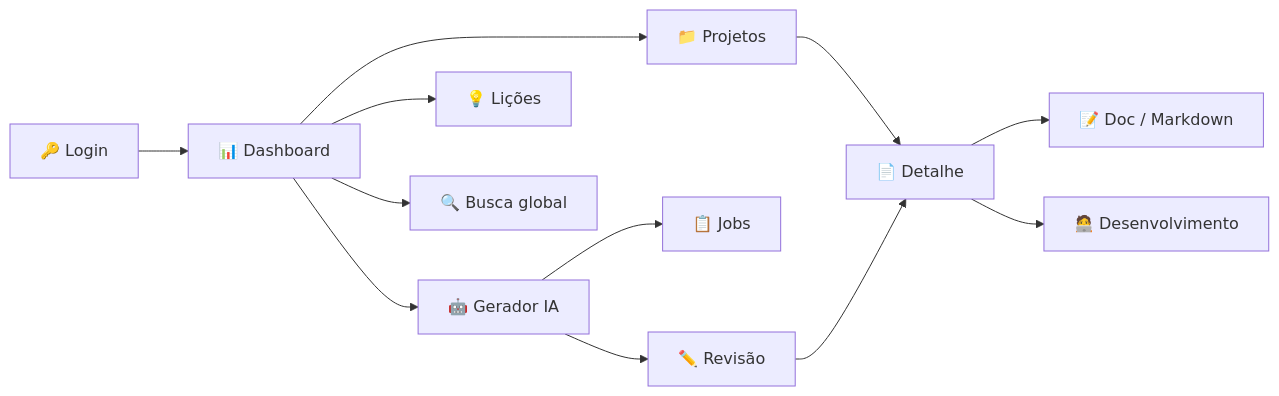
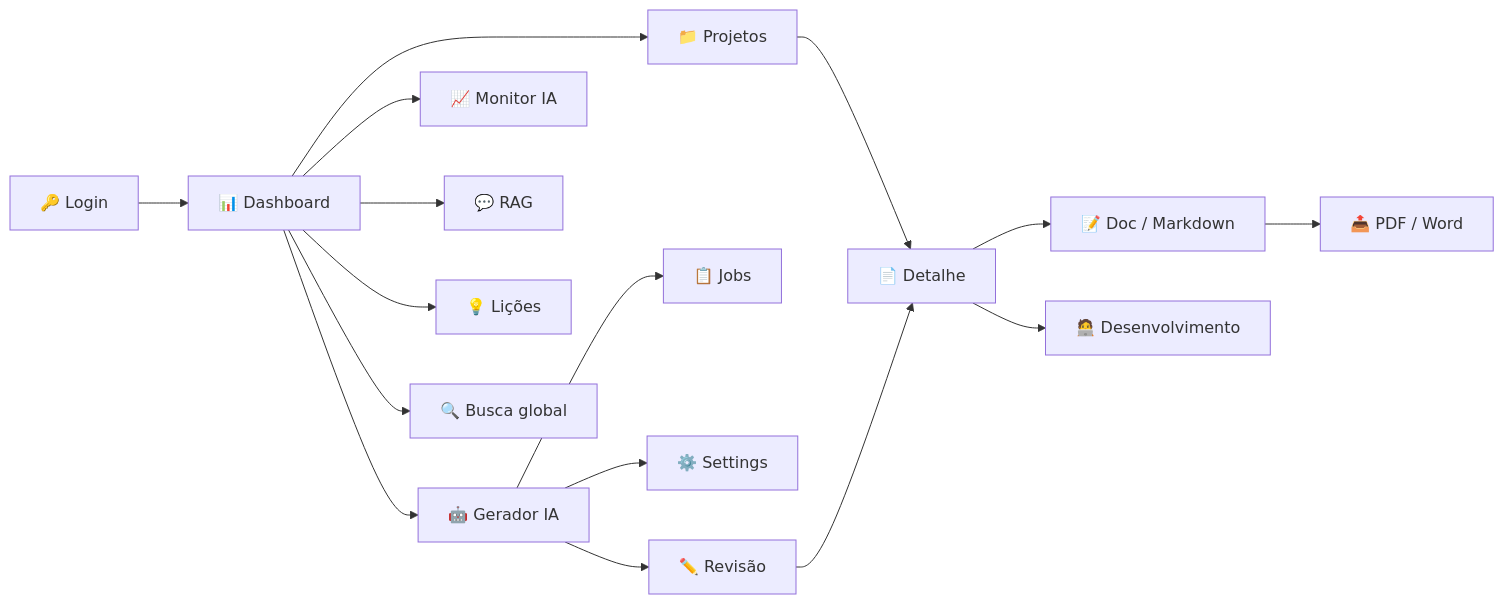
The first of 2 diagrams in README.md (artjansentec/atlasKnowledge), drawn with Mermaid before and after one commit. The commit also changed other lines of this file, not shown here.

Commit message:
[UPDATE][FRONT] Expandindo a documentação com novas seções sobre configurações de IA, monitoramento e busca semântica RAG

````diff
--- a/README.md
+++ b/README.md
@@ -145,14 +179,18 @@
 ```mermaid
 flowchart LR
     A[🔑 Login] --> B[📊 Dashboard]
     B --> C[📁 Projetos]
     C --> D[📄 Detalhe]
     D --> E[📝 Doc / Markdown]
     D --> H[🧑‍💻 Desenvolvimento]
+    E --> X[📤 PDF / Word]
     B --> I[🤖 Gerador IA]
     I --> J[📋 Jobs]
+    I --> S[⚙️ Settings]
     I --> K[✏️ Revisão]
     K --> D
+    B --> M[📈 Monitor IA]
+    B --> R[💬 RAG]
     B --> F[💡 Lições]
     B --> G[🔍 Busca global]
 ```
````
